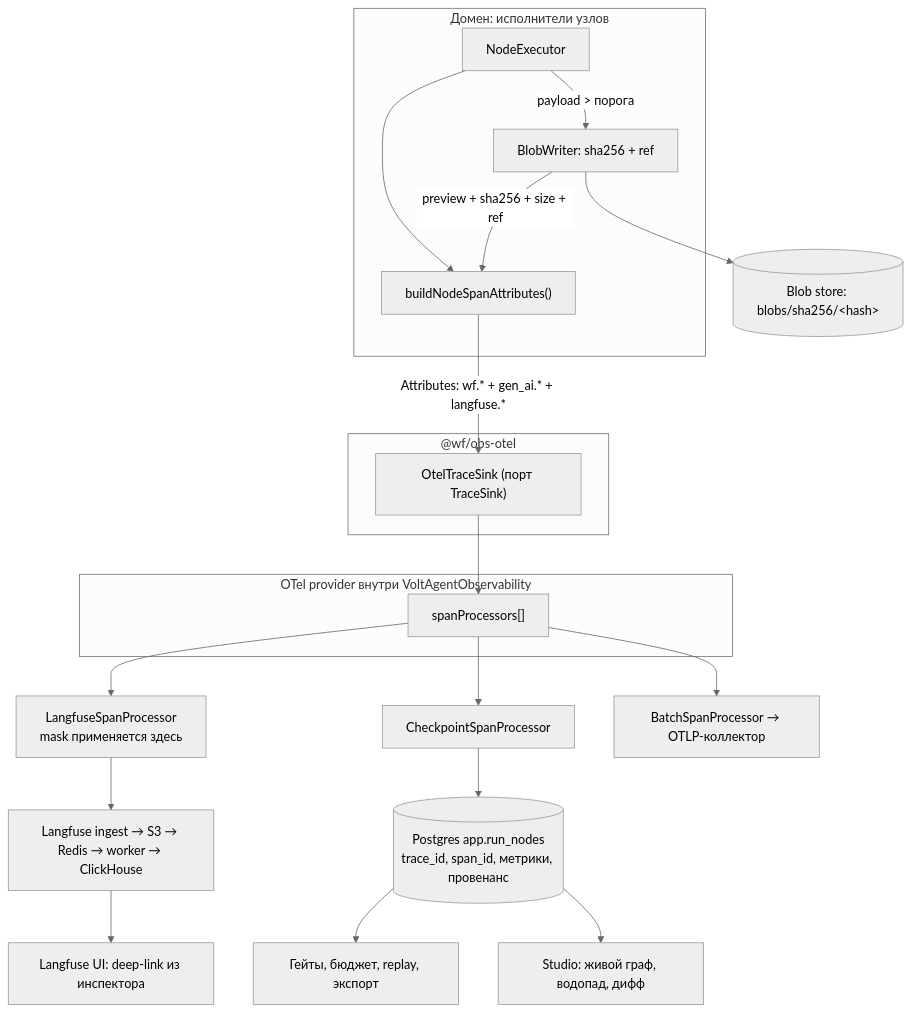
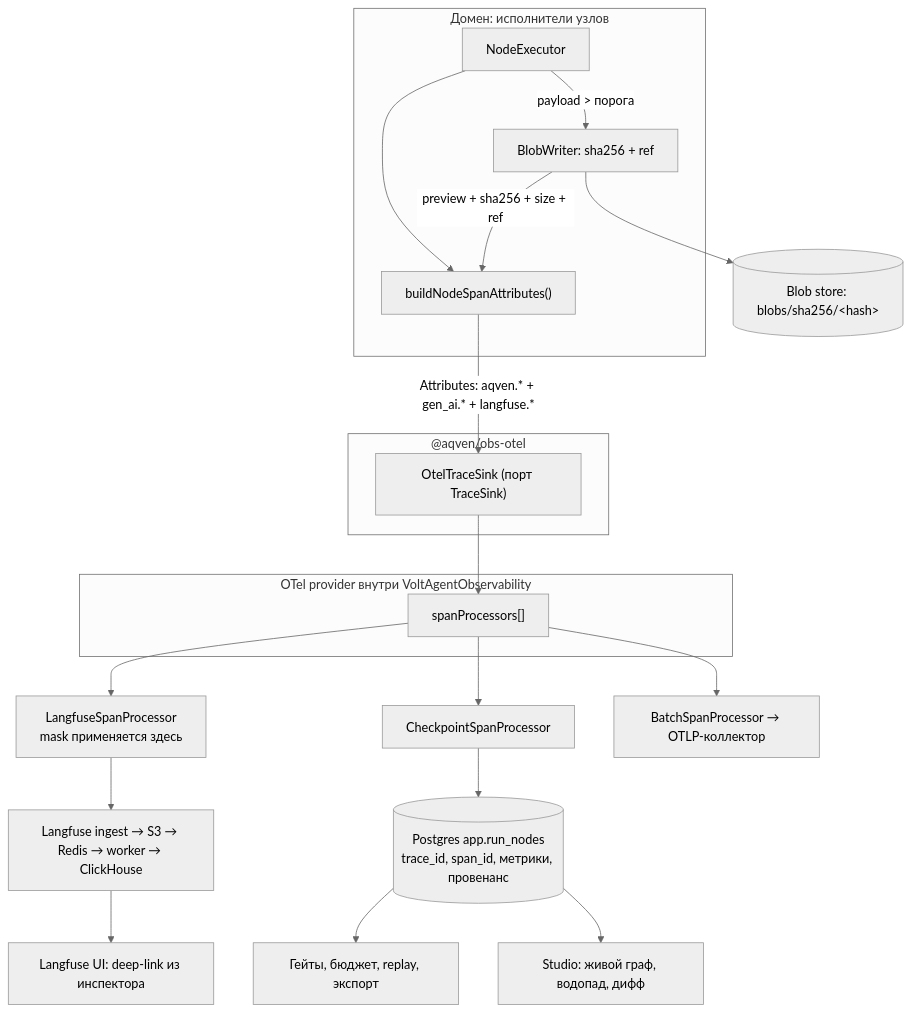
Before and after one commit to lastonoga/AQVEN: the diagram in docs/12-observability.md, drawn with Mermaid (neutral theme). The commit also changed other lines of this file and 476 other files, not shown here.

````diff
--- a/docs/12-observability.md
+++ b/docs/12-observability.md
@@ -151,34 +151,34 @@
 ```mermaid
 flowchart TB
   subgraph domain["Домен: исполнители узлов"]
     NX["NodeExecutor"]
     AF["buildNodeSpanAttributes()"]
     BW["BlobWriter: sha256 + ref"]
   end
 
-  subgraph adapter["@wf/obs-otel"]
+  subgraph adapter["@aqven/obs-otel"]
     TS["OtelTraceSink (порт TraceSink)"]
   end
 
   subgraph otel["OTel provider внутри VoltAgentObservability"]
     SP["spanProcessors[]"]
   end
 
   NX -->|"payload > порога"| BW
   BW -->|"preview + sha256 + size + ref"| AF
   NX --> AF
-  AF -->|"Attributes: wf.* + gen_ai.* + langfuse.*"| TS
+  AF -->|"Attributes: aqven.* + gen_ai.* + langfuse.*"| TS
   TS --> SP
 
   SP --> LF["LangfuseSpanProcessor<br/>mask применяется здесь"]
   SP --> CP["CheckpointSpanProcessor"]
   SP --> OT["BatchSpanProcessor → OTLP-коллектор"]
 
   LF --> LFI["Langfuse ingest → S3 → Redis → worker → ClickHouse"]
   CP --> PG[("Postgres app.run_nodes<br/>trace_id, span_id, метрики, провенанс")]
   BW --> BS[("Blob store: blobs/sha256/&lt;hash&gt;")]
 
   PG --> GATE["Гейты, бюджет, replay, экспорт"]
   LFI --> UI["Langfuse UI: deep-link из инспектора"]
   PG --> STUDIO["Studio: живой граф, водопад, дифф"]
 ```
````
